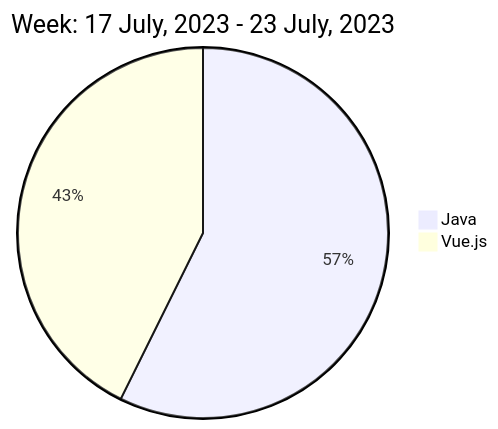
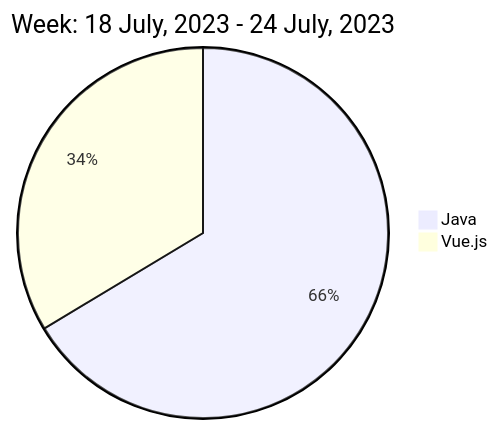
Before and after one commit to liubin95/liubin95: the diagram in README.md, drawn with Mermaid.

Commit message:
Updated the Graph with new Metrics

````diff
--- a/README.md
+++ b/README.md
@@ -40,6 +40,6 @@
 ```mermaid
  pie
-title Week: 17 July, 2023 - 23 July, 2023
- "Java" : 5.48
- "Vue.js" : 4.08
+title Week: 18 July, 2023 - 24 July, 2023
+ "Java" : 3.85
+ "Vue.js" : 1.95
 ```
````
